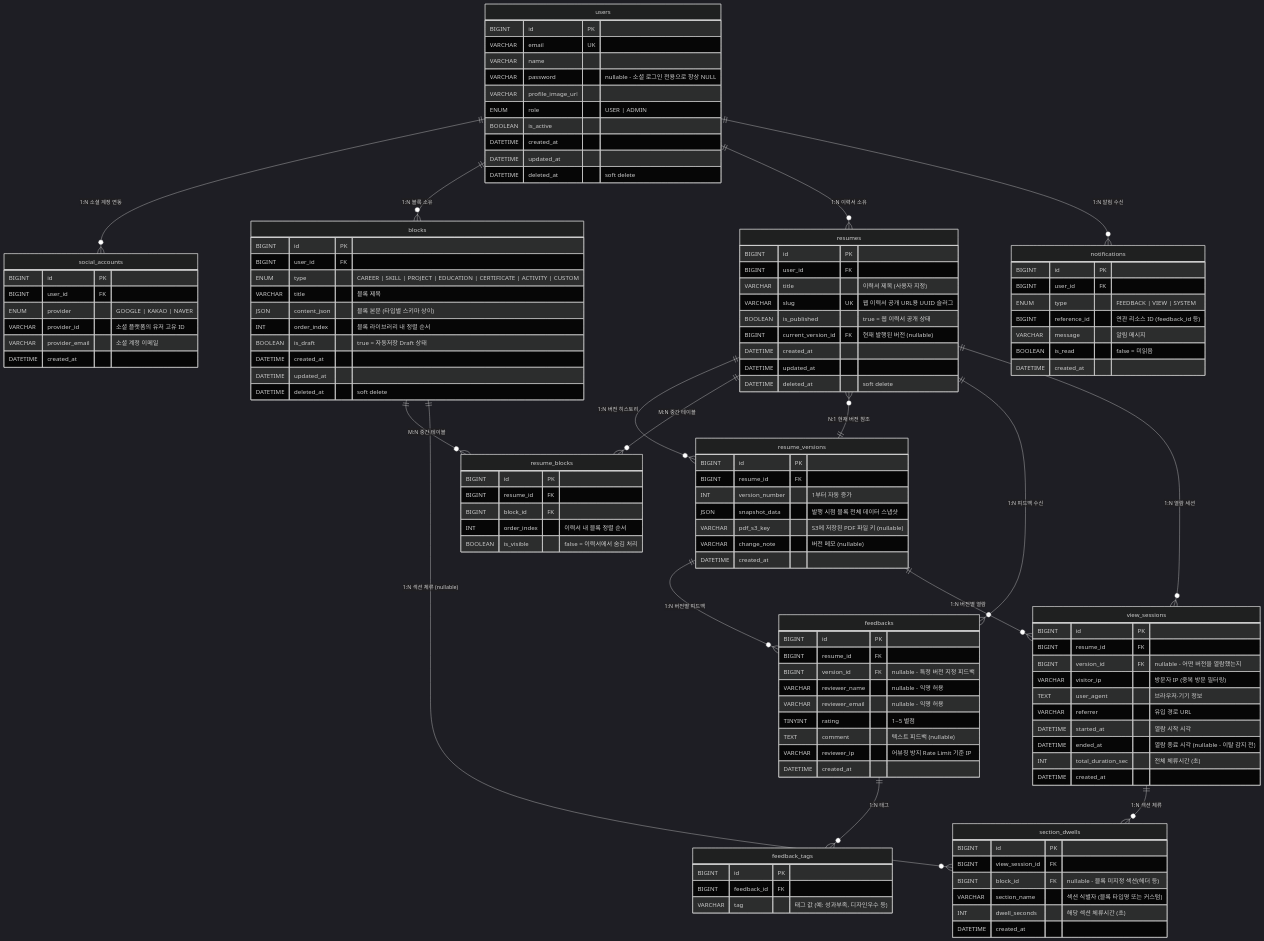
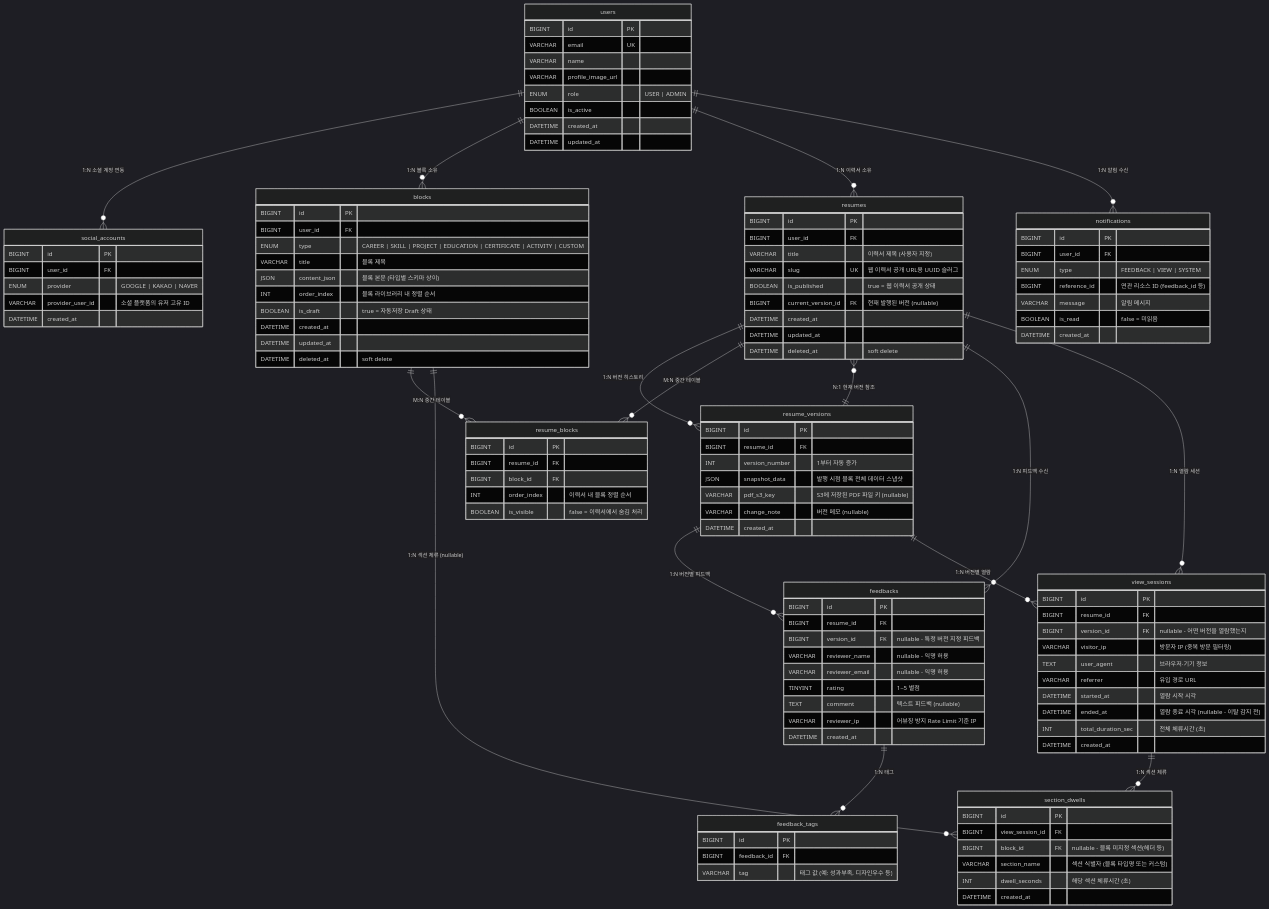
The diagram in doc/ERD_DRAFT.md (resume-helper/BE), drawn with Mermaid (dark theme) before and after one commit. The commit also changed other lines of this file and 17 other files, not shown here.

```diff
--- a/doc/ERD_DRAFT.md
+++ b/doc/ERD_DRAFT.md
@@ -48,21 +48,18 @@
         BIGINT id PK
         VARCHAR email UK
         VARCHAR name
-        VARCHAR password "nullable - 소셜 로그인 전용으로 항상 NULL"
         VARCHAR profile_image_url
         ENUM role "USER | ADMIN"
         BOOLEAN is_active
         DATETIME created_at
         DATETIME updated_at
-        DATETIME deleted_at "soft delete"
     }
 
     social_accounts {
         BIGINT id PK
         BIGINT user_id FK
         ENUM provider "GOOGLE | KAKAO | NAVER"
-        VARCHAR provider_id "소셜 플랫폼의 유저 고유 ID"
-        VARCHAR provider_email "소셜 계정 이메일"
+        VARCHAR provider_user_id "소셜 플랫폼의 유저 고유 ID"
         DATETIME created_at
     }
 
```
